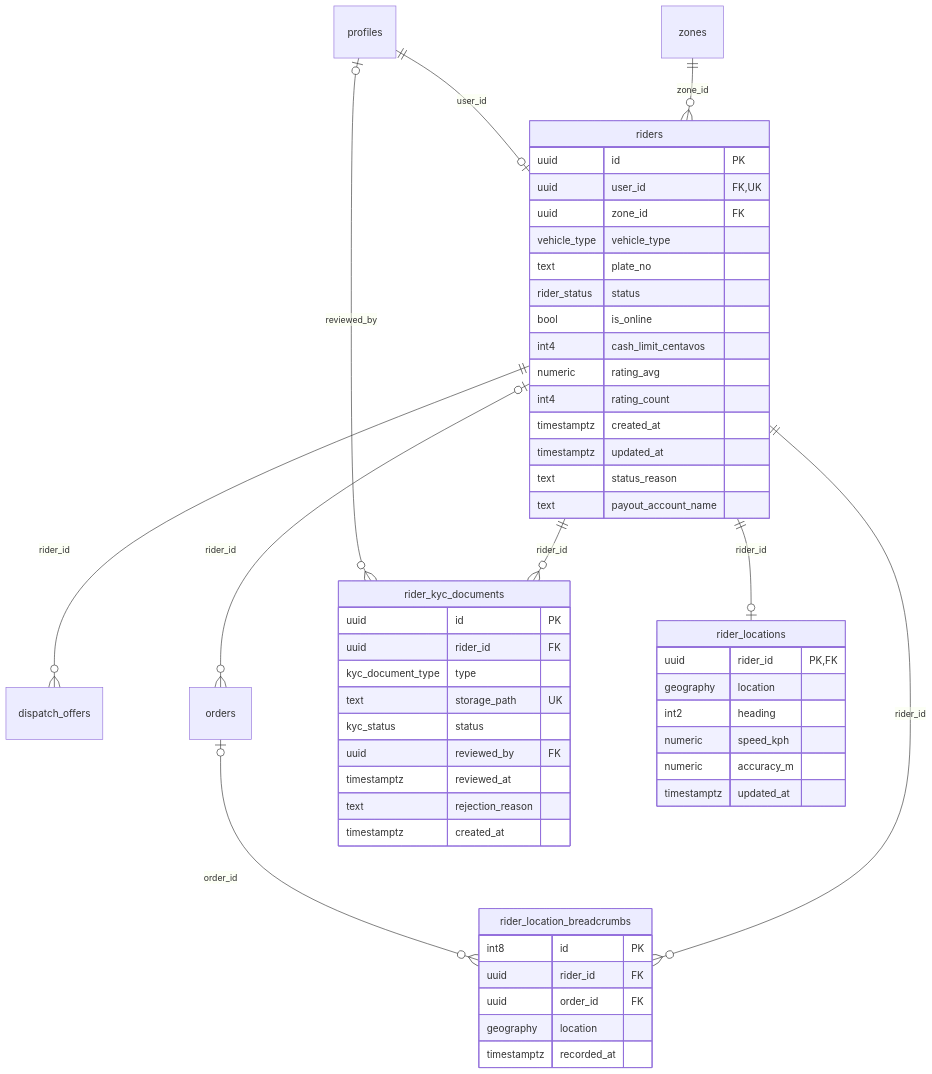
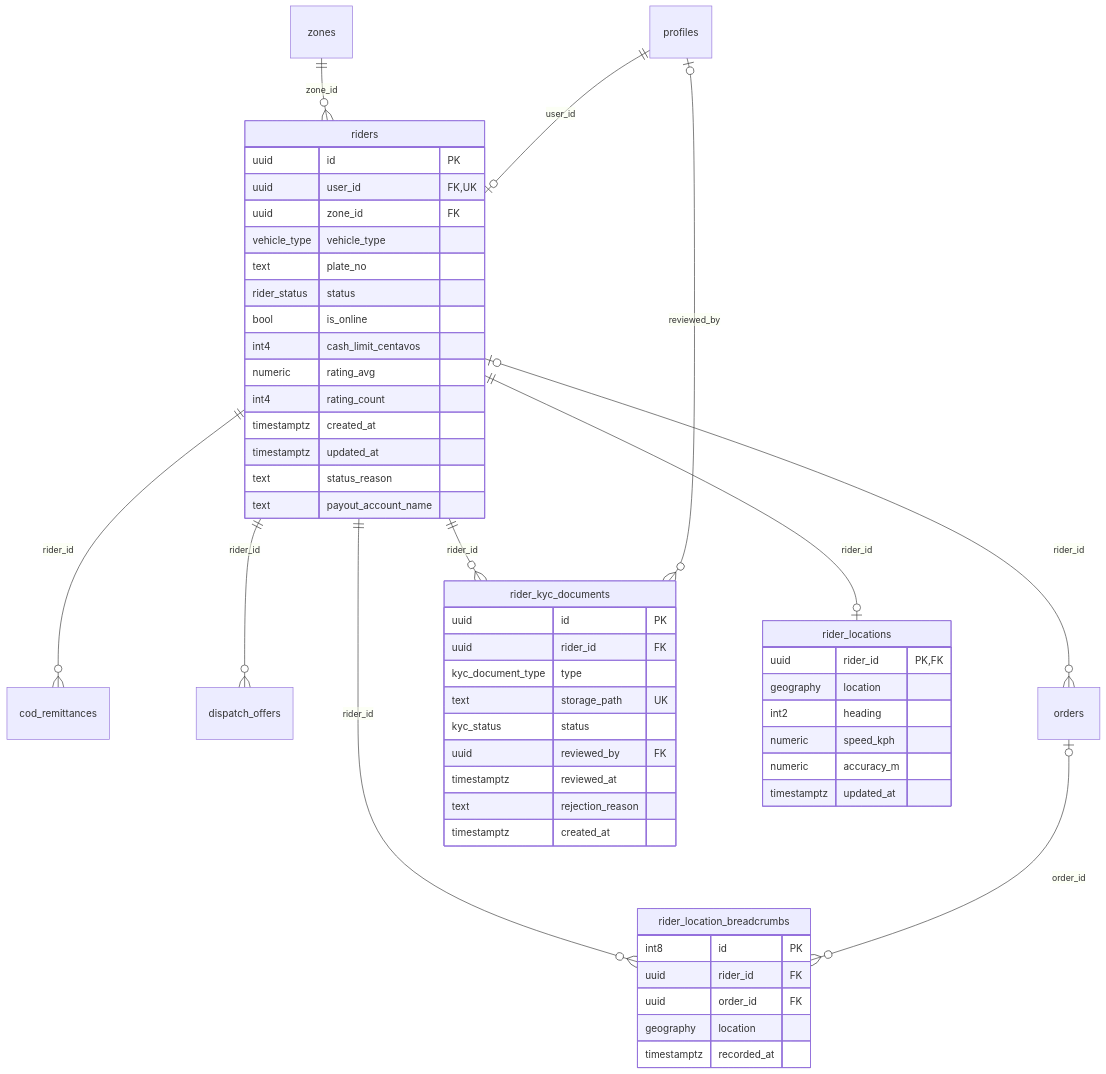
One commit to Klik-Go/delivery-services changed the third of 6 diagrams in docs/ERD.md. Above: the diagram before and after it, drawn with Mermaid. The commit also changed other lines of this file and 77 other files, not shown here.

````diff
--- a/docs/ERD.md
+++ b/docs/ERD.md
@@ -240,54 +245,55 @@
 ```mermaid
 erDiagram
+  riders ||--o{ cod_remittances : "rider_id"
   riders ||--o{ dispatch_offers : "rider_id"
   riders |o--o{ orders : "rider_id"
   profiles |o--o{ rider_kyc_documents : "reviewed_by"
   riders ||--o{ rider_kyc_documents : "rider_id"
   orders |o--o{ rider_location_breadcrumbs : "order_id"
   riders ||--o{ rider_location_breadcrumbs : "rider_id"
   riders ||--o| rider_locations : "rider_id"
   profiles ||--o| riders : "user_id"
   zones ||--o{ riders : "zone_id"
   riders {
     uuid id PK
     uuid user_id FK, UK
     uuid zone_id FK
     vehicle_type vehicle_type
     text plate_no
     rider_status status
     bool is_online
     int4 cash_limit_centavos
     numeric rating_avg
     int4 rating_count
     timestamptz created_at
     timestamptz updated_at
     text status_reason
     text payout_account_name
   }
   rider_kyc_documents {
     uuid id PK
     uuid rider_id FK
     kyc_document_type type
     text storage_path UK
     kyc_status status
     uuid reviewed_by FK
     timestamptz reviewed_at
     text rejection_reason
     timestamptz created_at
   }
   rider_locations {
     uuid rider_id PK, FK
     geography location
     int2 heading
     numeric speed_kph
     numeric accuracy_m
     timestamptz updated_at
   }
   rider_location_breadcrumbs {
     int8 id PK
     uuid rider_id FK
     uuid order_id FK
     geography location
     timestamptz recorded_at
   }
 ```
````
